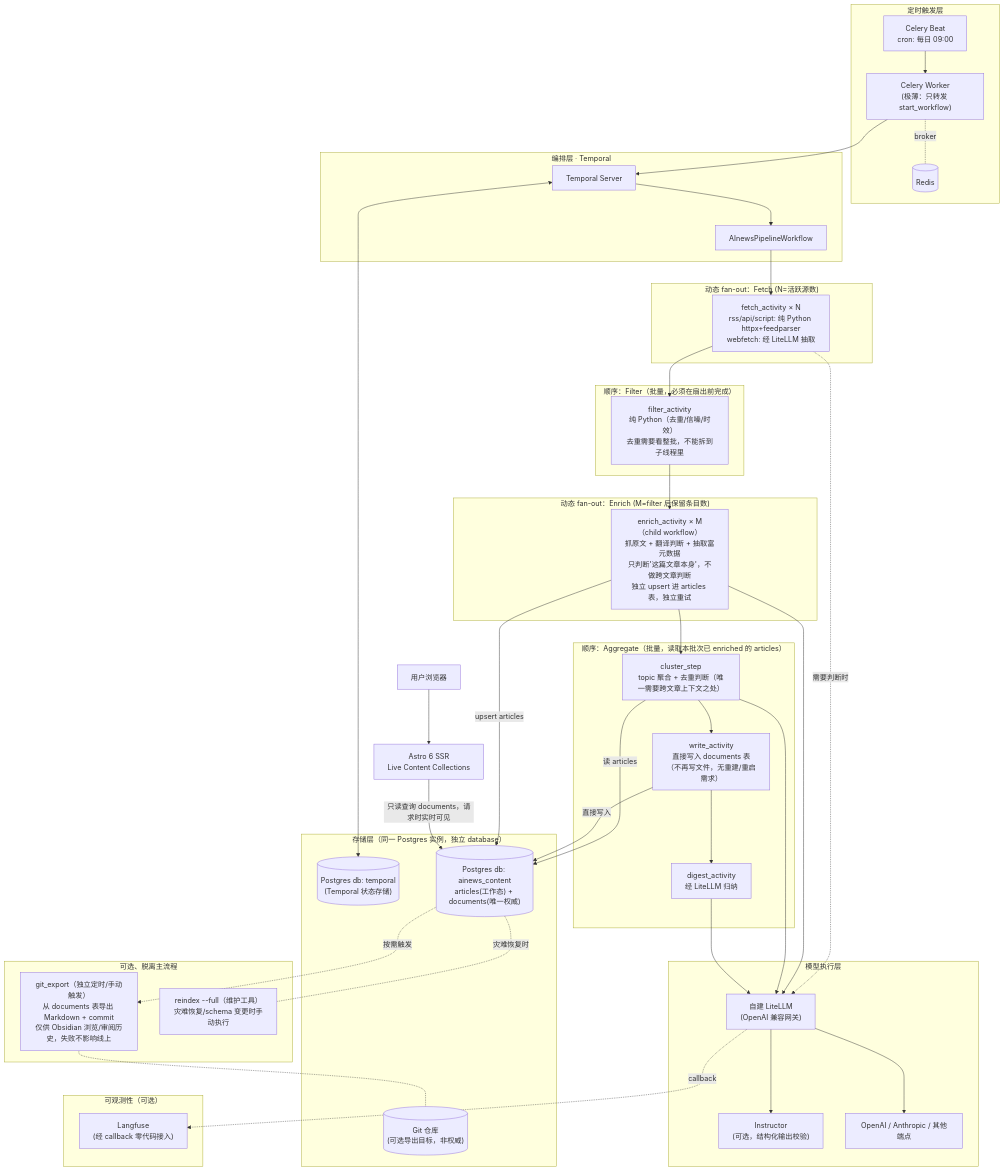
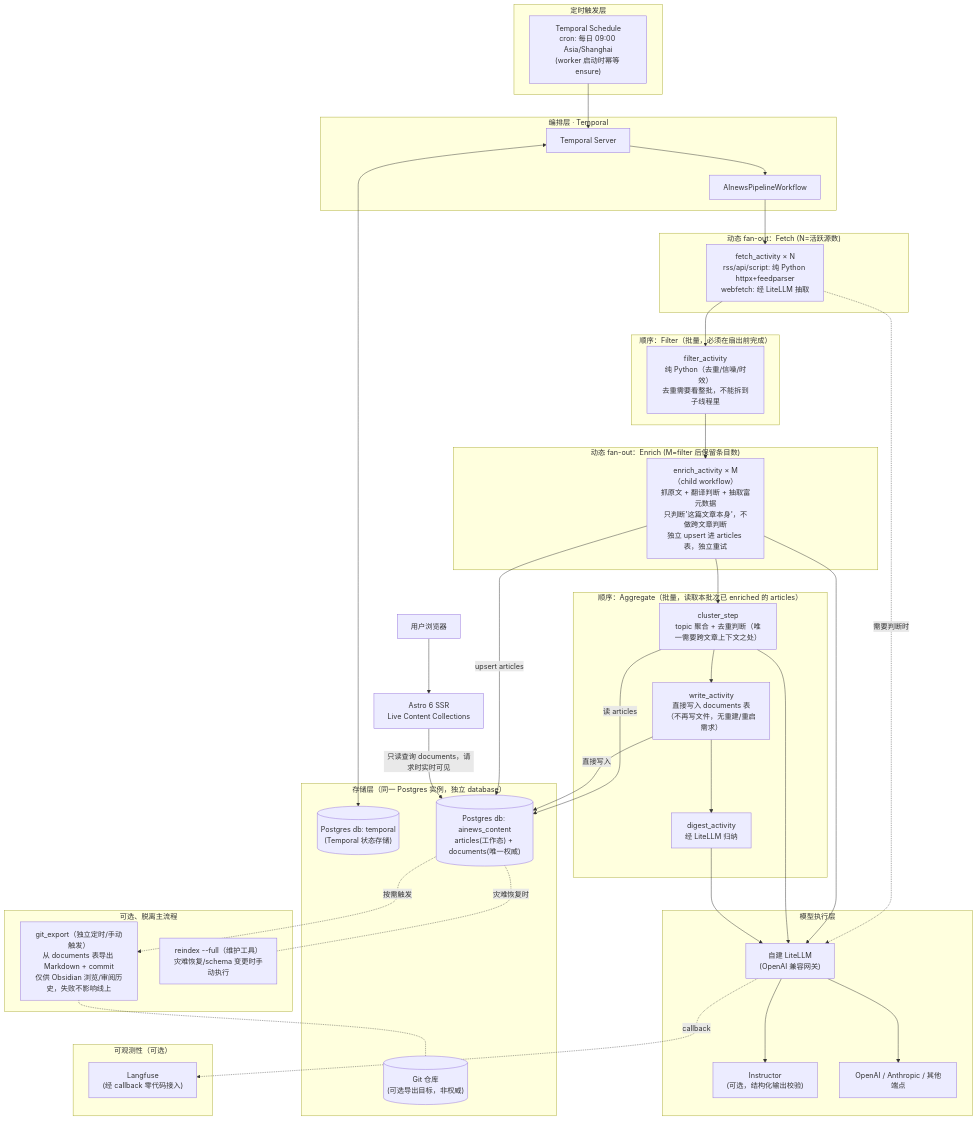
One commit to SkyJourney/ainews-project changed the diagram in docs/03-architecture-proposal.md. Above: the diagram before and after it, drawn with Mermaid. The commit also changed other lines of this file and 16 other files, not shown here.

First line of the commit message:
feat(M7): 生产化收尾——Temporal 原生 Schedule 取代 Celery Beat，Postgres 备份落地

````diff
--- a/docs/03-architecture-proposal.md
+++ b/docs/03-architecture-proposal.md
@@ -28,76 +30,73 @@
 ```mermaid
 flowchart TB
     subgraph SCHED["定时触发层"]
-        CB["Celery Beat<br/>cron: 每日 09:00"]
-        CW["Celery Worker<br/>(极薄：只转发 start_workflow)"]
-        REDIS[("Redis")]
+        SCHEDULE["Temporal Schedule<br/>cron: 每日 09:00 Asia/Shanghai<br/>(worker 启动时幂等 ensure)"]
     end
 
     subgraph ORCH["编排层 · Temporal"]
         TS["Temporal Server"]
         WF["AInewsPipelineWorkflow"]
     end
 
     subgraph FETCH["动态 fan-out：Fetch (N=活跃源数)"]
         F1["fetch_activity × N<br/>rss/api/script: 纯 Python httpx+feedparser<br/>webfetch: 经 LiteLLM 抽取"]
     end
 
     subgraph PRE["顺序：Filter（批量，必须在扇出前完成）"]
         FILTER["filter_activity<br/>纯 Python（去重/信噪/时效）<br/>去重需要看整批，不能拆到子线程里"]
     end
 
     subgraph ENRICH["动态 fan-out：Enrich (M=filter 后保留条目数)"]
         E1["enrich_activity × M（child workflow）<br/>抓原文 + 翻译判断 + 抽取富元数据<br/>只判断'这篇文章本身'，不做跨文章判断<br/>独立 upsert 进 articles 表，独立重试"]
     end
 
     subgraph AGG["顺序：Aggregate（批量，读取本批次已 enriched 的 articles）"]
         CLUSTER["cluster_step<br/>topic 聚合 + 去重判断（唯一需要跨文章上下文之处）"]
         WRITE["write_activity<br/>直接写入 documents 表<br/>（不再写文件，无重建/重启需求）"]
         DIGEST["digest_activity<br/>经 LiteLLM 归纳"]
     end
 
     subgraph OPT["可选、脱离主流程"]
         GITEXPORT["git_export（独立定时/手动触发）<br/>从 documents 表导出 Markdown + commit<br/>仅供 Obsidian 浏览/审阅历史，失败不影响线上"]
         REINDEXTOOL["reindex --full（维护工具）<br/>灾难恢复/schema 变更时手动执行"]
     end
 
     subgraph STORE["存储层（同一 Postgres 实例，独立 database）"]
         PGSTATE[("Postgres db: temporal<br/>(Temporal 状态存储)")]
         PGCONTENT[("Postgres db: ainews_content<br/>articles(工作态) + documents(唯一权威)")]
         GIT[("Git 仓库<br/>(可选导出目标，非权威)")]
     end
 
     subgraph MODEL["模型执行层"]
         LITELLM["自建 LiteLLM<br/>(OpenAI 兼容网关)"]
         INSTRUCTOR["Instructor<br/>(可选，结构化输出校验)"]
         MODELS["OpenAI / Anthropic / 其他端点"]
     end
 
     subgraph OBS["可观测性（可选）"]
         LANGFUSE["Langfuse<br/>(经 callback 零代码接入)"]
     end
 
     ASTRO["Astro 6 SSR<br/>Live Content Collections"]
     USER["用户浏览器"]
 
-    CB --> CW --> TS
-    CW -.broker.- REDIS
+    SCHEDULE --> TS
     TS <--> PGSTATE
     TS --> WF
     WF --> F1 --> FILTER --> E1 --> CLUSTER --> WRITE --> DIGEST
     F1 -.需要判断时.-> LITELLM
     E1 --> LITELLM
     E1 -->|upsert articles| PGCONTENT
     CLUSTER -->|读 articles| PGCONTENT
     CLUSTER --> LITELLM
     DIGEST --> LITELLM
     LITELLM --> INSTRUCTOR
     LITELLM --> MODELS
     LITELLM -.callback.-> LANGFUSE
     WRITE -->|直接写入| PGCONTENT
     PGCONTENT -.按需触发.-> GITEXPORT
     GITEXPORT -.- GIT
     PGCONTENT -.灾难恢复时.- REINDEXTOOL
     ASTRO -->|只读查询 documents，请求时实时可见| PGCONTENT
     USER --> ASTRO
 ```
````
